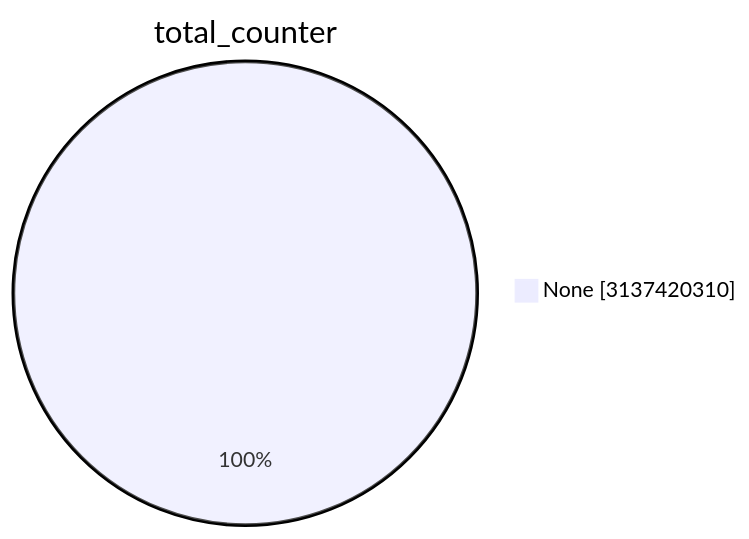
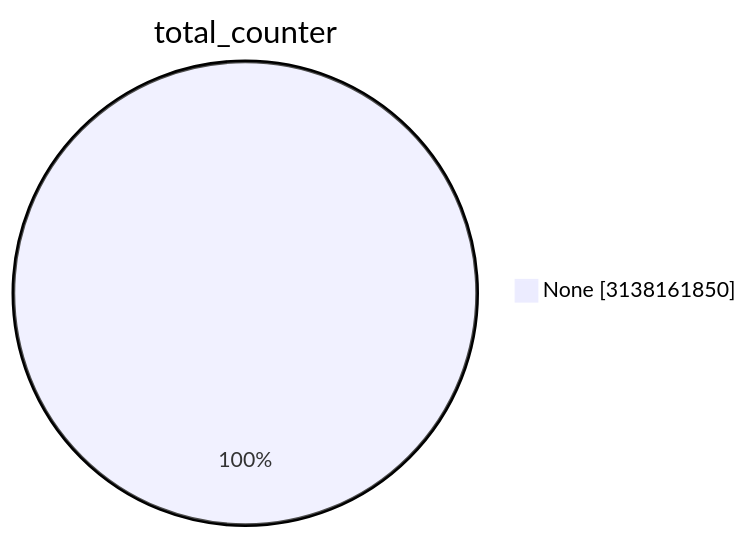
The first of 15 diagrams in TOTAL/README.md (christiankrug/ctmonitor_visualization), drawn with Mermaid before and after one commit. The commit also changed other lines of this file, not shown here.

````diff
--- a/TOTAL/README.md
+++ b/TOTAL/README.md
@@ -1,5 +1,5 @@
 ```mermaid
 pie showData
 title total_counter
-"None" :3137420310
+"None" :3138161850
 ```
````
